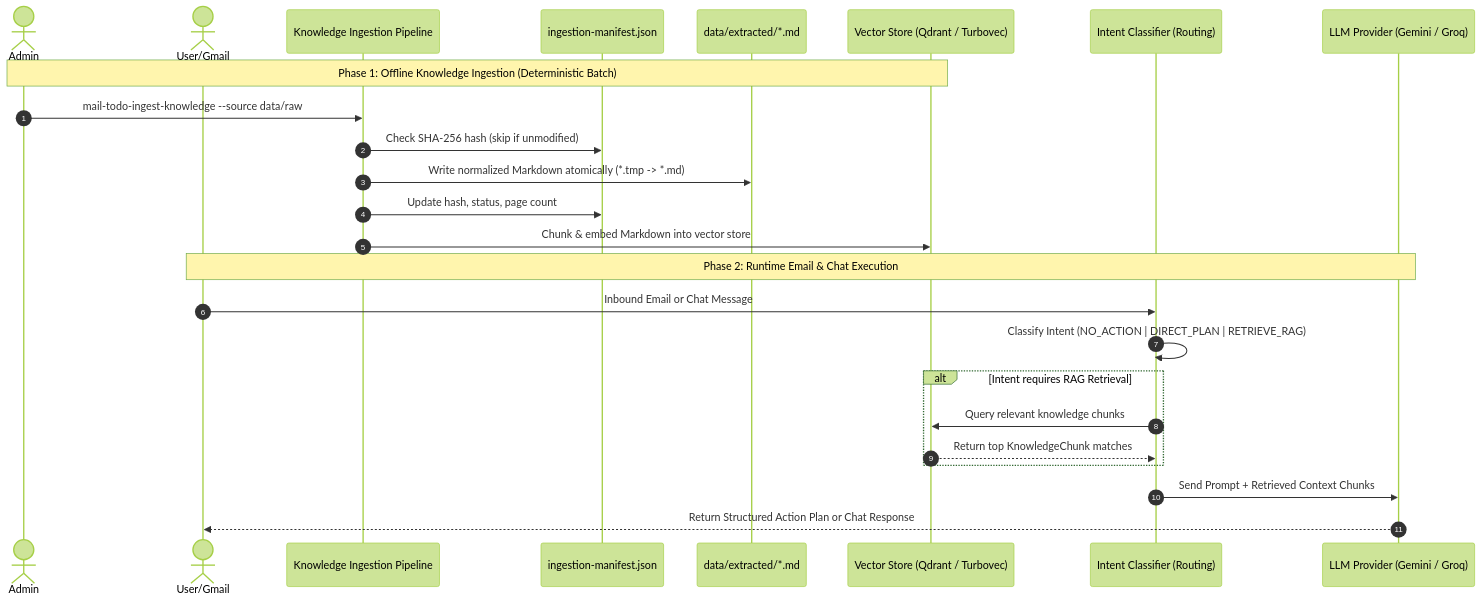
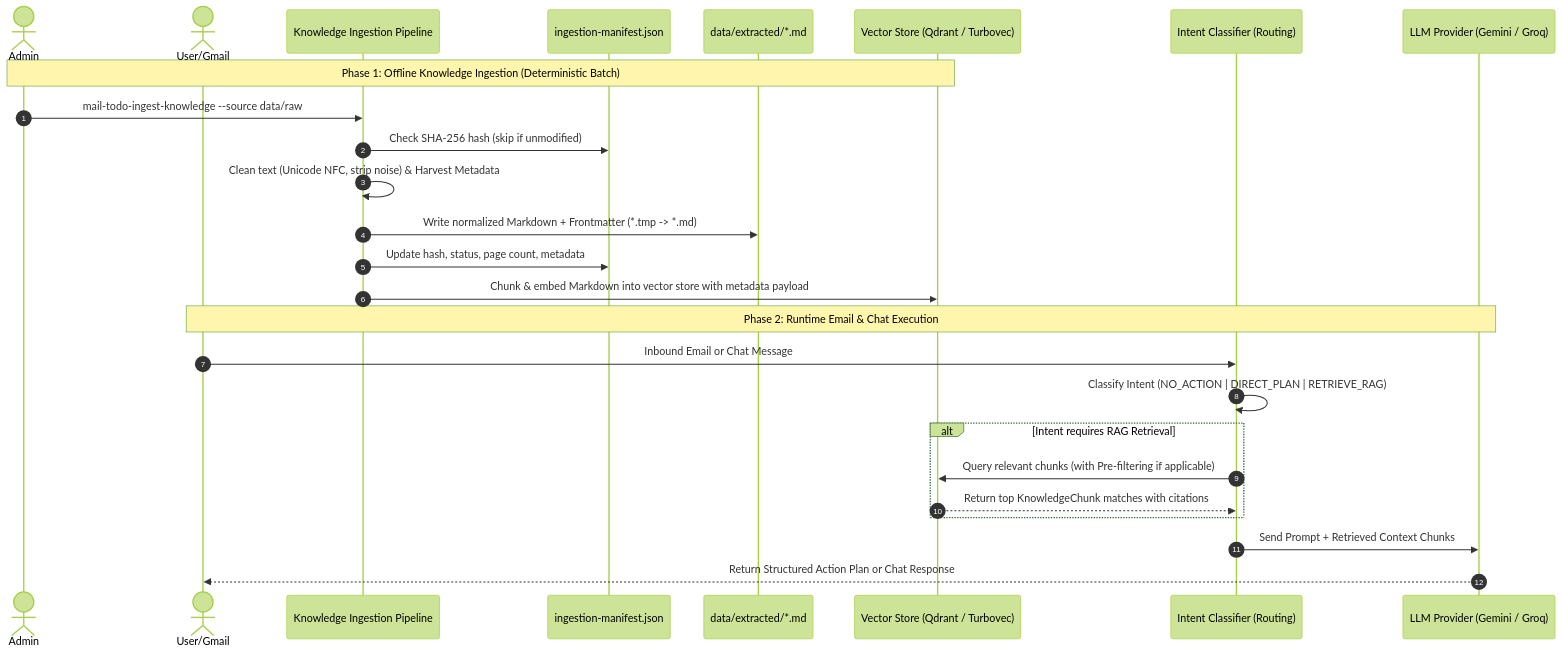
One commit to MathematicGuy/EMAIL-AGENT-v1 changed the second of 3 diagrams in docs/references/ingestion-pipeline-brainstorming.md. Above: the diagram before and after it, drawn with Mermaid (forest theme). The commit also changed other lines of this file, not shown here.

````diff
--- a/docs/references/ingestion-pipeline-brainstorming.md
+++ b/docs/references/ingestion-pipeline-brainstorming.md
@@ -127,29 +127,30 @@
 ```mermaid
 sequenceDiagram
     autonumber
     actor Admin
     actor User/Gmail
     participant Ingestion as Knowledge Ingestion Pipeline
     participant Manifest as ingestion-manifest.json
     participant Markdown as data/extracted/*.md
     participant VectorDB as Vector Store (Qdrant / Turbovec)
     participant Classifier as Intent Classifier (Routing)
     participant LLM as LLM Provider (Gemini / Groq)
 
     note over Admin, VectorDB: Phase 1: Offline Knowledge Ingestion (Deterministic Batch)
     Admin->>Ingestion: mail-todo-ingest-knowledge --source data/raw
     Ingestion->>Manifest: Check SHA-256 hash (skip if unmodified)
-    Ingestion->>Markdown: Write normalized Markdown atomically (*.tmp -> *.md)
-    Ingestion->>Manifest: Update hash, status, page count
-    Ingestion->>VectorDB: Chunk & embed Markdown into vector store
+    Ingestion->>Ingestion: Clean text (Unicode NFC, strip noise) & Harvest Metadata
+    Ingestion->>Markdown: Write normalized Markdown + Frontmatter (*.tmp -> *.md)
+    Ingestion->>Manifest: Update hash, status, page count, metadata
+    Ingestion->>VectorDB: Chunk & embed Markdown into vector store with metadata payload
 
     note over User/Gmail, LLM: Phase 2: Runtime Email & Chat Execution
     User/Gmail->>Classifier: Inbound Email or Chat Message
     Classifier->>Classifier: Classify Intent (NO_ACTION | DIRECT_PLAN | RETRIEVE_RAG)
     alt Intent requires RAG Retrieval
-        Classifier->>VectorDB: Query relevant knowledge chunks
-        VectorDB-->>Classifier: Return top KnowledgeChunk matches
+        Classifier->>VectorDB: Query relevant chunks (with Pre-filtering if applicable)
+        VectorDB-->>Classifier: Return top KnowledgeChunk matches with citations
     end
     Classifier->>LLM: Send Prompt + Retrieved Context Chunks
     LLM-->>User/Gmail: Return Structured Action Plan or Chat Response
 ```
````
